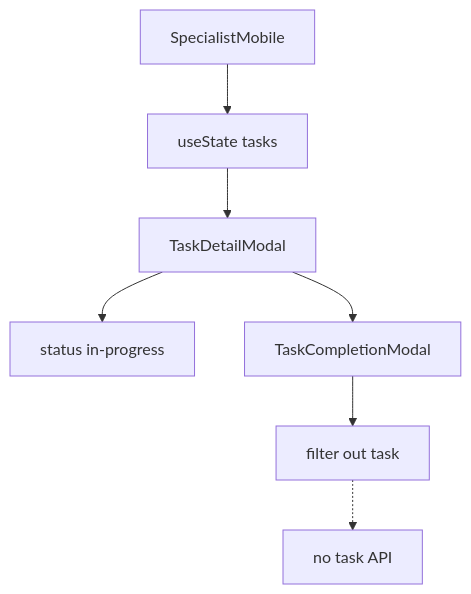
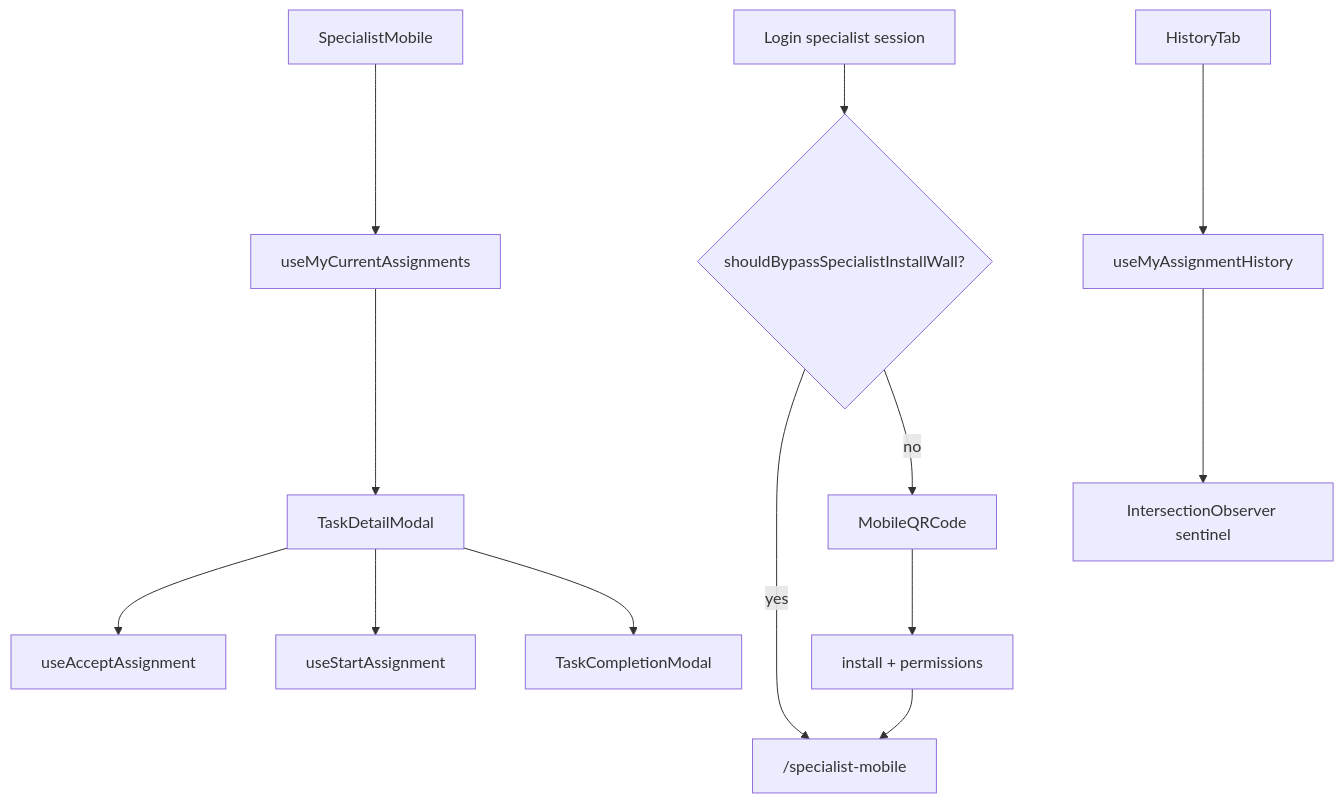
The diagram in src/components/specialist/README.md (Qurbonsaid/murojaat24), drawn with Mermaid before and after one commit. The commit also changed other lines of this file and 70 other files, not shown here.

First line of the commit message:
feat(manager,specialist): wire review and mobile workflows to API

````diff
--- a/src/components/specialist/README.md
+++ b/src/components/specialist/README.md
@@ -23,9 +28,15 @@
 ```mermaid
 flowchart TD
-  Page["SpecialistMobile"] --> Tasks["useState tasks"]
-  Tasks --> Detail["TaskDetailModal"]
-  Detail --> Accept["status in-progress"]
+  Login["Login specialist session"] --> Bypass{shouldBypassSpecialistInstallWall?}
+  Bypass -->|yes| SM["/specialist-mobile"]
+  Bypass -->|no| MQR["MobileQRCode"]
+  MQR --> PWA["install + permissions"]
+  PWA --> SM
+  Page["SpecialistMobile"] --> Current["useMyCurrentAssignments"]
+  Current --> Detail["TaskDetailModal"]
+  Detail --> Accept["useAcceptAssignment"]
+  Detail --> Start["useStartAssignment"]
   Detail --> Complete["TaskCompletionModal"]
-  Complete --> Remove["filter out task"]
-  Remove -.-> API["no task API"]
+  History["HistoryTab"] --> Infinite["useMyAssignmentHistory"]
+  Infinite --> IO["IntersectionObserver sentinel"]
 ```
````
